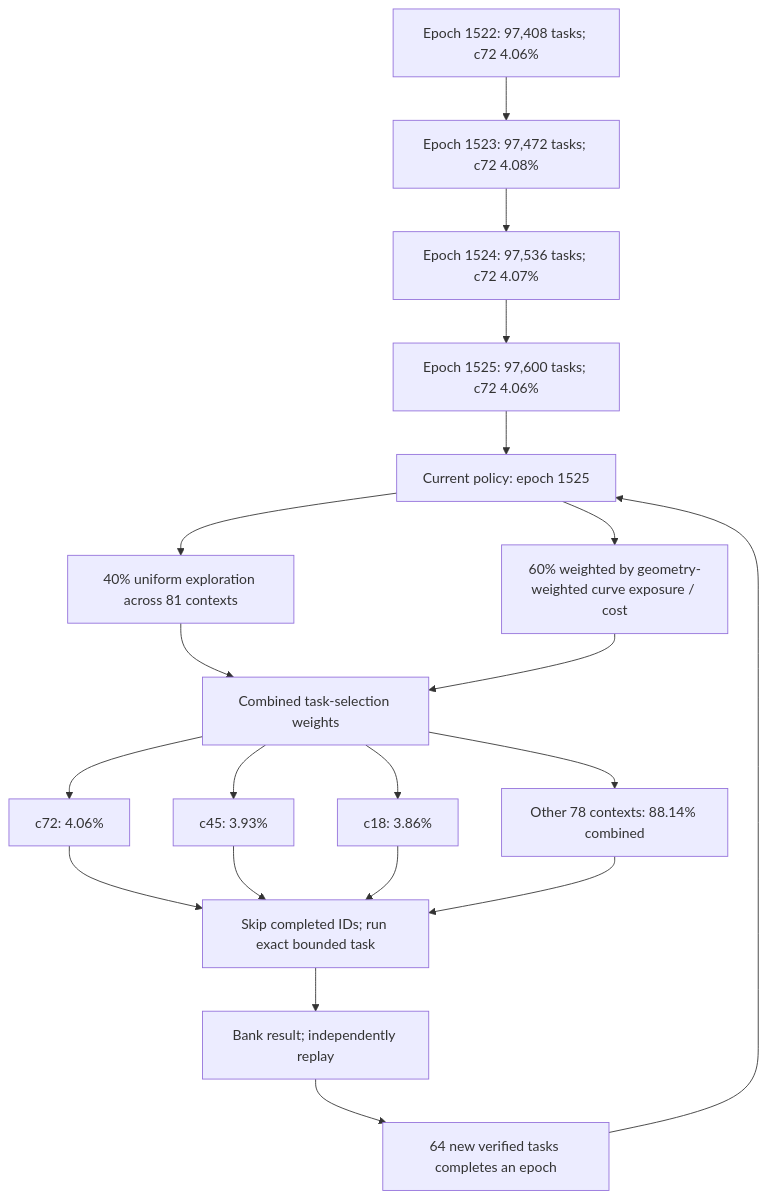
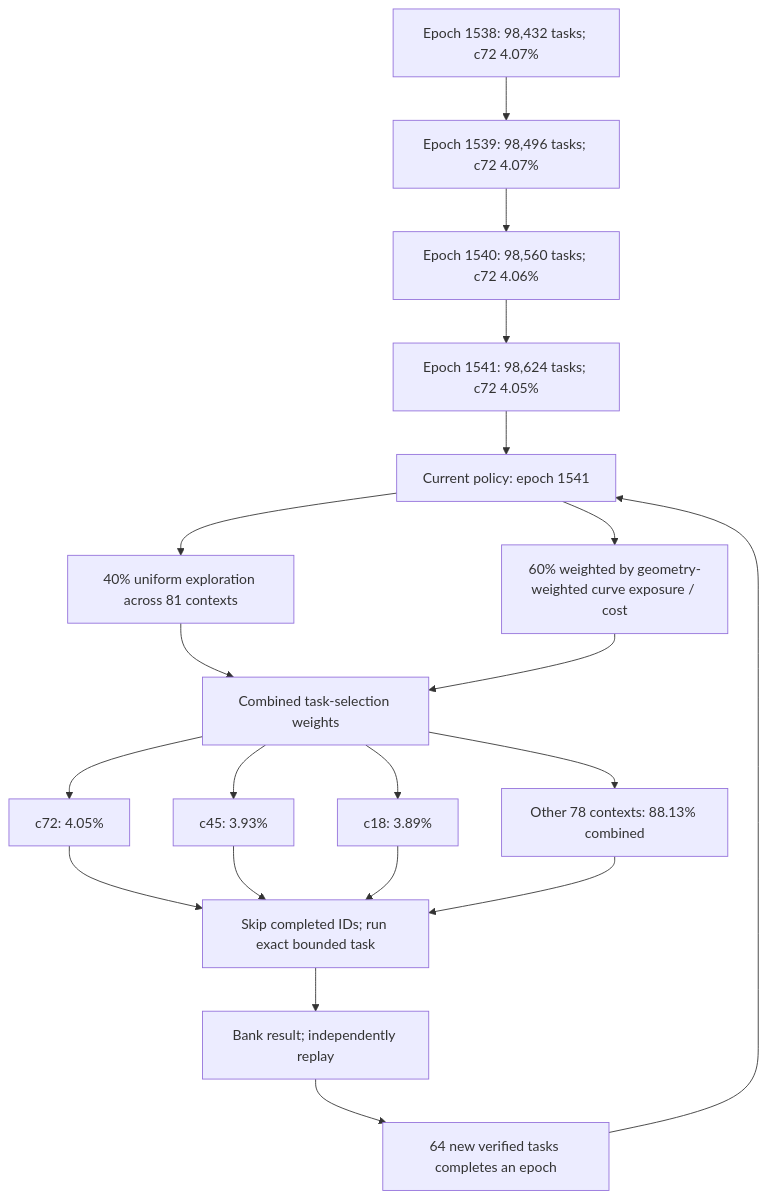
The first of 3 diagrams in README.md (Kuberwastaken/math-gambling), drawn with Mermaid before and after one commit. The commit also changed other lines of this file and 2142 other files, not shown here.

````diff
--- a/README.md
+++ b/README.md
@@ -56,27 +56,27 @@
 ```mermaid
 flowchart TD
-    H0["Epoch 1522: 97,408 tasks; c72 4.06%"]
-    H1["Epoch 1523: 97,472 tasks; c72 4.08%"]
+    H0["Epoch 1538: 98,432 tasks; c72 4.07%"]
+    H1["Epoch 1539: 98,496 tasks; c72 4.07%"]
     H0 --> H1
-    H2["Epoch 1524: 97,536 tasks; c72 4.07%"]
+    H2["Epoch 1540: 98,560 tasks; c72 4.06%"]
     H1 --> H2
-    H3["Epoch 1525: 97,600 tasks; c72 4.06%"]
+    H3["Epoch 1541: 98,624 tasks; c72 4.05%"]
     H2 --> H3
-    Policy["Current policy: epoch 1525"]
+    Policy["Current policy: epoch 1541"]
     H3 --> Policy
     Policy --> Explore["40% uniform exploration across 81 contexts"]
     Policy --> Cost["60% weighted by geometry-weighted curve exposure / cost"]
     Explore --> Mix["Combined task-selection weights"]
     Cost --> Mix
-    Mix --> C0["c72: 4.06%"]
+    Mix --> C0["c72: 4.05%"]
     Mix --> C1["c45: 3.93%"]
-    Mix --> C2["c18: 3.86%"]
-    Mix --> Rest["Other 78 contexts: 88.14% combined"]
+    Mix --> C2["c18: 3.89%"]
+    Mix --> Rest["Other 78 contexts: 88.13% combined"]
     C0 --> Check["Skip completed IDs; run exact bounded task"]
     C1 --> Check
     C2 --> Check
     Rest --> Check
     Check --> Replay["Bank result; independently replay"]
     Replay --> Gate["64 new verified tasks completes an epoch"]
     Gate --> Policy
 ```
````
